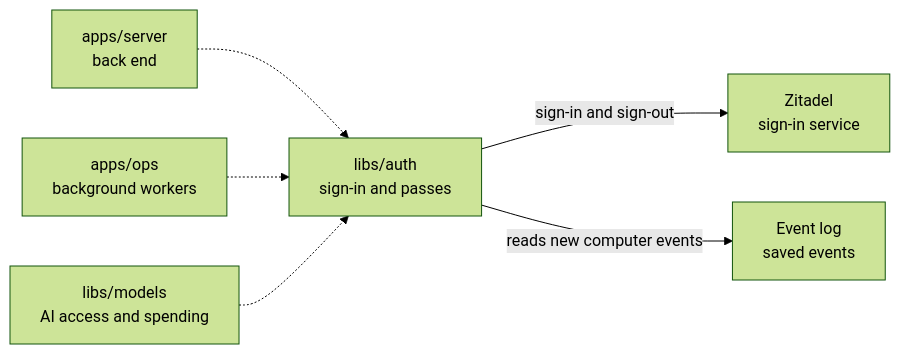
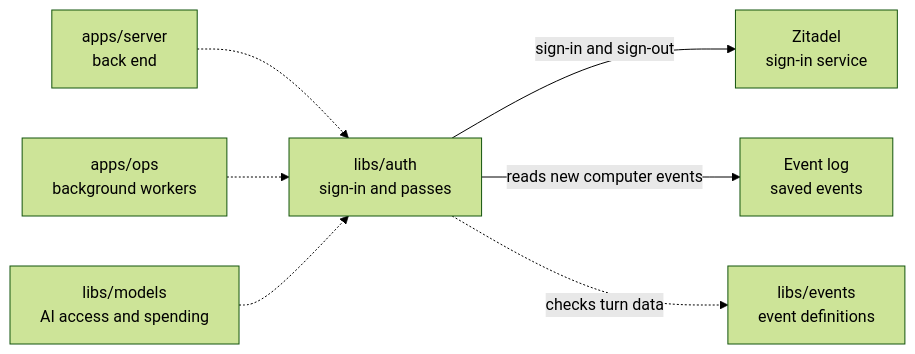
The diagram in libs/auth/README.md (elewa-git/opencrane-new), drawn with Mermaid (forest theme) before and after one commit. The commit also changed other lines of this file and 27 other files, not shown here.

````diff
--- a/libs/auth/README.md
+++ b/libs/auth/README.md
@@ -11,8 +11,9 @@
 ```mermaid
 flowchart LR
   server["apps/server<br/>back end"] -.-> auth["libs/auth<br/>sign-in and passes"]
   ops["apps/ops<br/>background workers"] -.-> auth
   models["libs/models<br/>AI access and spending"] -.-> auth
   auth -->|sign-in and sign-out| zitadel["Zitadel<br/>sign-in service"]
   auth -->|reads new computer events| events["Event log<br/>saved events"]
+  auth -.->|checks turn data| catalogue["libs/events<br/>event definitions"]
 ```
````
